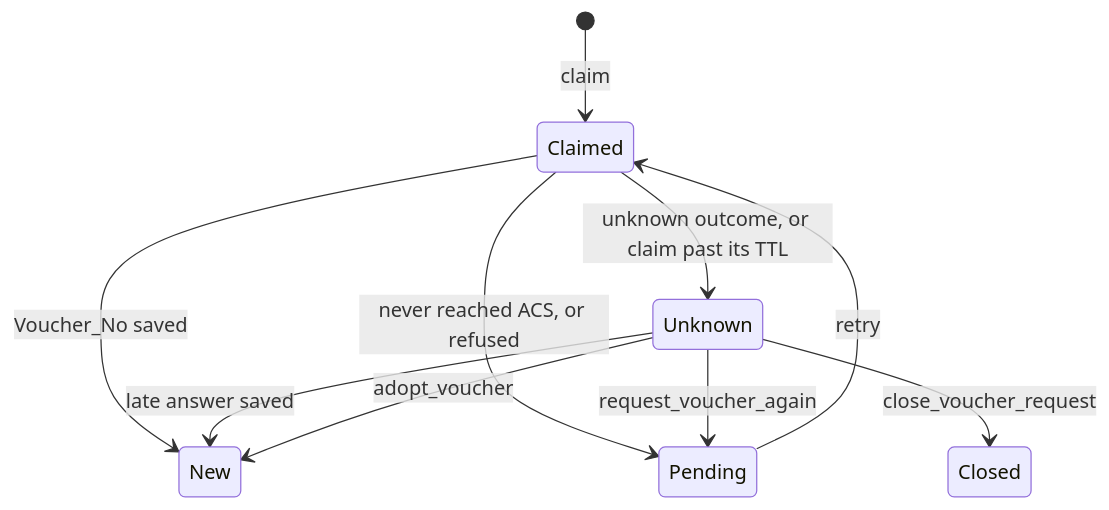
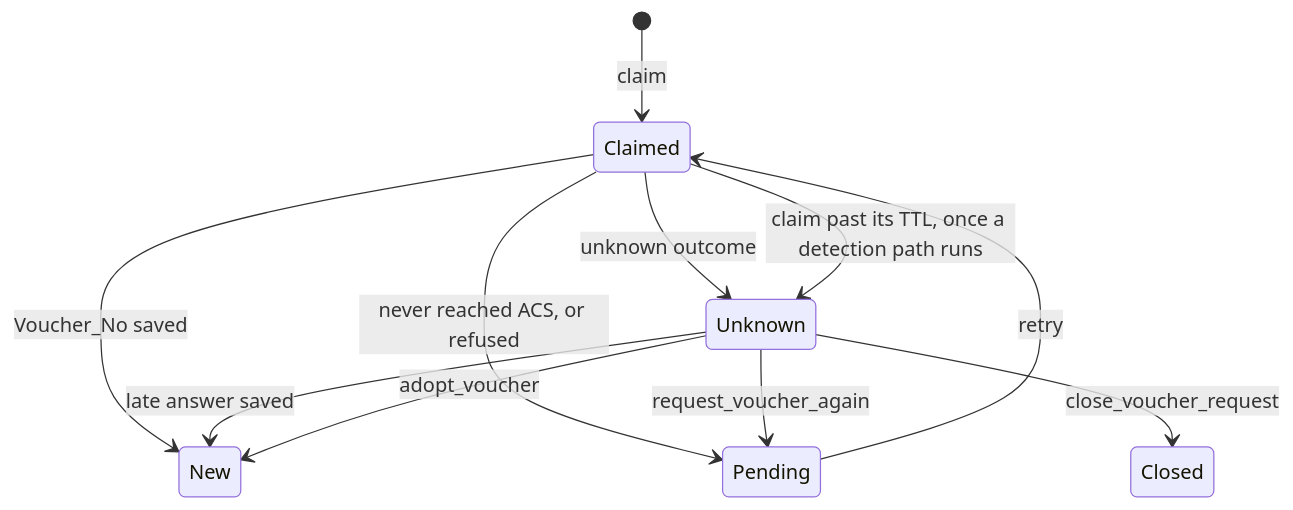
Before and after one commit to vasilistotskas/grooveshop-docs: the second of 2 diagrams in src/dev/flows/shipping.md, drawn with Mermaid. The commit also changed other lines of this file and 6 other files, not shown here.

First line of the commit message:
docs(acs): unknown voucher outcome, corrections after review

````diff
--- a/src/dev/flows/shipping.md
+++ b/src/dev/flows/shipping.md
@@ -270,12 +276,13 @@
 ```mermaid
 stateDiagram-v2
     [*] --> Claimed: claim
     Claimed --> New: Voucher_No saved
     Claimed --> Pending: never reached ACS, or refused
-    Claimed --> Unknown: unknown outcome, or claim past its TTL
+    Claimed --> Unknown: unknown outcome
+    Claimed --> Unknown: claim past its TTL, once a detection path runs
     Unknown --> New: late answer saved
     Unknown --> New: adopt_voucher
     Unknown --> Pending: request_voucher_again
     Unknown --> Closed: close_voucher_request
     Pending --> Claimed: retry
 ```
````
